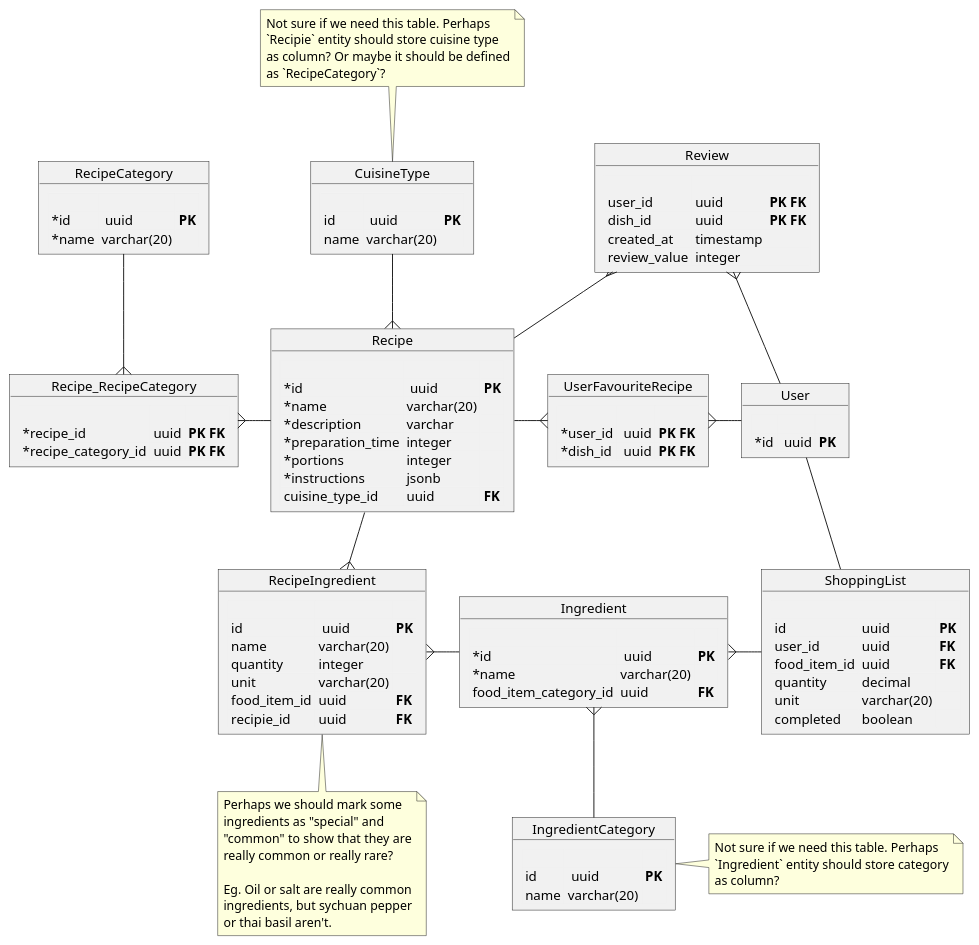
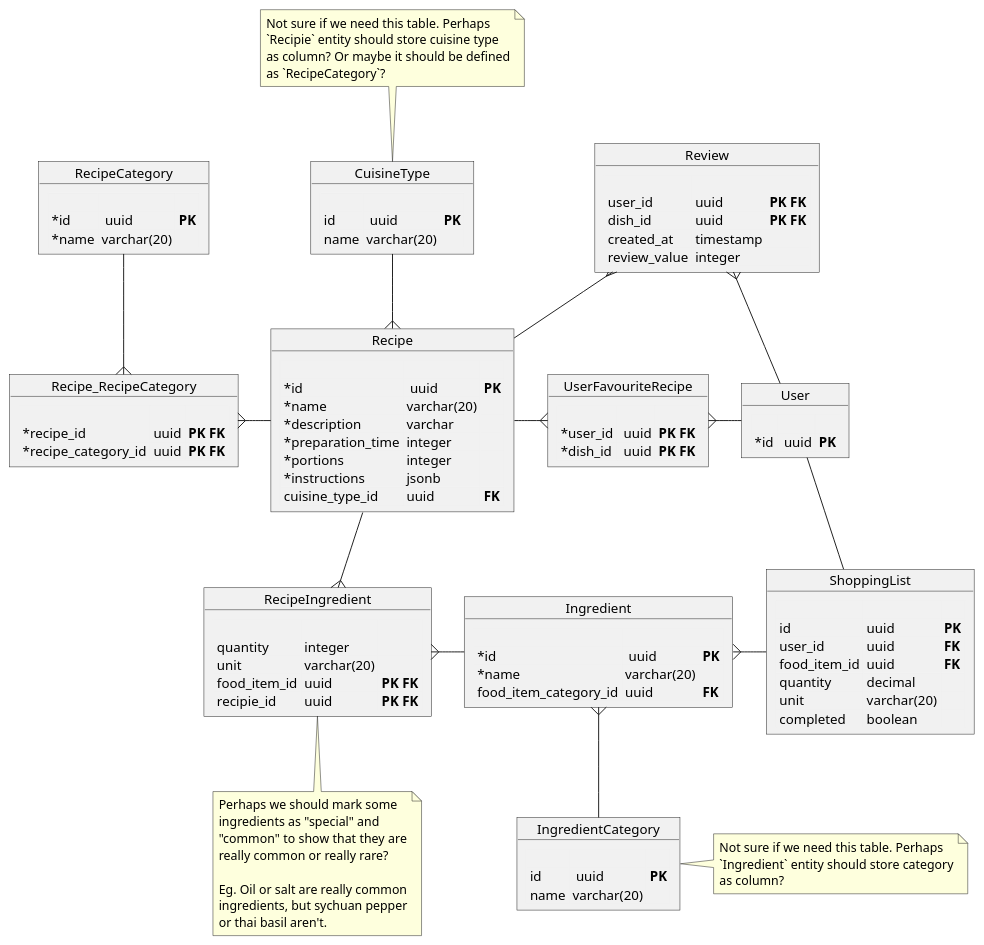
The diagram in docs/db-schema.puml (oskarski/inzynierka), drawn with PlantUML before and after one commit. The commit also changed 2 other files, not shown here.

```diff
--- a/docs/db-schema.puml
+++ b/docs/db-schema.puml
@@ -1,119 +1,117 @@
 @startuml
 object Recipe  {
     <#F1F1F1,#F1F1F1>|= |= |= |
     | *id |  uuid | **PK** |
     | *name | varchar(20) |
     | *description | varchar |
     | *preparation_time | integer |
     | *portions | integer |
     | *instructions | jsonb |
     | cuisine_type_id | uuid | **FK** |
 }
 
 object RecipeIngredient {
   <#F1F1F1,#F1F1F1>|= |= |= |
-    | id |  uuid | **PK** |
-    | name | varchar(20) |
     | quantity | integer |
     | unit | varchar(20) |
-    | food_item_id | uuid| **FK** |
-    | recipie_id | uuid | **FK** |
+    | food_item_id | uuid| **PK** **FK** |
+    | recipie_id | uuid | **PK** **FK** |
 }
 
 note bottom of RecipeIngredient
     Perhaps we should mark some
     ingredients as "special" and
     "common" to show that they are
     really common or really rare?
 
     Eg. Oil or salt are really common
     ingredients, but sychuan pepper
     or thai basil aren't.
 end note
 
 object Ingredient {
   <#F1F1F1,#F1F1F1>|= |= |= |
     | *id |  uuid | **PK** |
     | *name | varchar(20) |
     | food_item_category_id | uuid | **FK** |
 }
 
 object IngredientCategory {
   <#F1F1F1,#F1F1F1>|= |= |= |
     | id |  uuid | **PK** |
     | name | varchar(20) |
 }
 
 note right of IngredientCategory
     Not sure if we need this table. Perhaps
     `Ingredient` entity should store category
     as column?
 end note
 
 object CuisineType {
     <#F1F1F1,#F1F1F1>|= |= |= |
     | id |  uuid | **PK** |
     | name | varchar(20) |
 }
 
 note top of CuisineType
     Not sure if we need this table. Perhaps
     `Recipie` entity should store cuisine type
     as column? Or maybe it should be defined
     as `RecipeCategory`?
 end note
 
 object RecipeCategory {
     <#F1F1F1,#F1F1F1>|= |= |= |
     | *id |  uuid | **PK** |
     | *name | varchar(20) |
 }
 
 object Recipe_RecipeCategory {
     <#F1F1F1,#F1F1F1>|= |= |= |
     | *recipe_id | uuid | **PK FK** |
     | *recipe_category_id | uuid | **PK FK** |
 }
 
 object User {
     <#F1F1F1,#F1F1F1>|= |= |= |
     | *id |  uuid | **PK** |
 }
 
 object UserFavouriteRecipe {
     <#F1F1F1,#F1F1F1>|= |= |= |
     | *user_id |  uuid | **PK FK** |
     | *dish_id |  uuid | **PK FK** |
 }
 
 object Review {
     <#F1F1F1,#F1F1F1>|= |= |= |
     | user_id | uuid | **PK FK** |
     | dish_id | uuid | **PK FK** |
     | created_at | timestamp | |
     | review_value | integer | |
 }
 
 object ShoppingList {
     <#F1F1F1,#F1F1F1>|= |= |= |
     | id | uuid | **PK** |
     | user_id | uuid | **FK** |
     | food_item_id | uuid | **FK** |
     | quantity | decimal | |
     | unit | varchar(20) | |
     | completed | boolean | |
 }
 
 Recipe -down-{ RecipeIngredient
 RecipeIngredient }-right- Ingredient
 Ingredient }-- IngredientCategory
 Recipe }-up- CuisineType
 Recipe -left-{ Recipe_RecipeCategory
 Recipe_RecipeCategory }-up- RecipeCategory
 Recipe -right-{ UserFavouriteRecipe
 UserFavouriteRecipe }-right- User
 Recipe -up-{ Review
 Review }-down- User
 User -- ShoppingList
 ShoppingList -left-{ Ingredient
 @enduml
```
